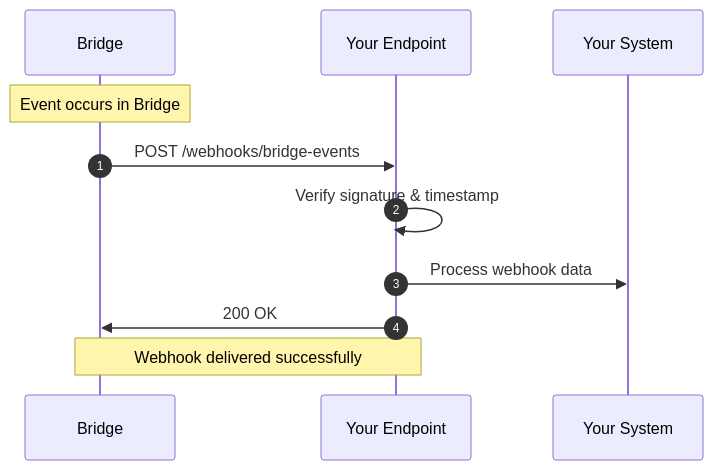
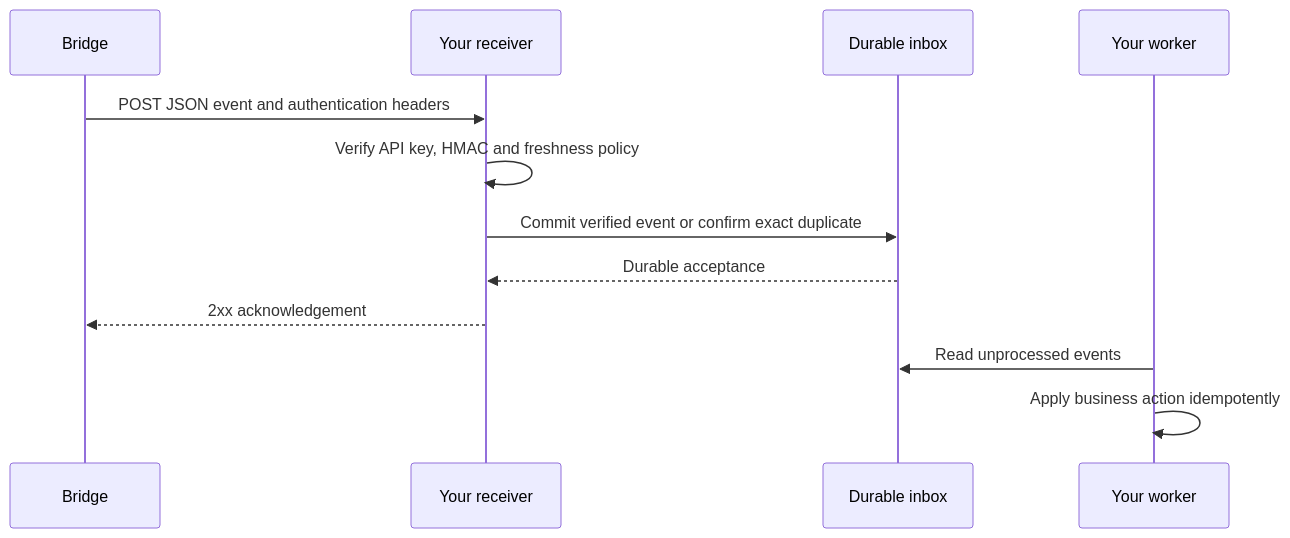
Before and after one commit to Sainapsis/open-api-public-documentation-mintlify: the diagram in webhooks.mdx, drawn with Mermaid. The commit also changed other lines of this file and 33 other files, not shown here.

````diff
--- a/webhooks.mdx
+++ b/webhooks.mdx
@@ -15,15 +26,14 @@
 ```mermaid
 sequenceDiagram
-    autonumber
     participant B as Bridge
-    participant E as Your Endpoint
-    participant S as Your System
-
-    Note over B: Event occurs in Bridge
-    B->>E: POST /webhooks/bridge-events
-    E->>E: Verify signature & timestamp
-    E->>S: Process webhook data
-    E->>B: 200 OK
-    Note over B,E: Webhook delivered successfully
-
+    participant R as Your receiver
+    participant I as Durable inbox
+    participant W as Your worker
+    B->>R: POST JSON event and authentication headers
+    R->>R: Verify API key, HMAC and freshness policy
+    R->>I: Commit verified event or confirm exact duplicate
+    I-->>R: Durable acceptance
+    R-->>B: 2xx acknowledgement
+    W->>I: Read unprocessed events
+    W->>W: Apply business action idempotently
 ```
````
